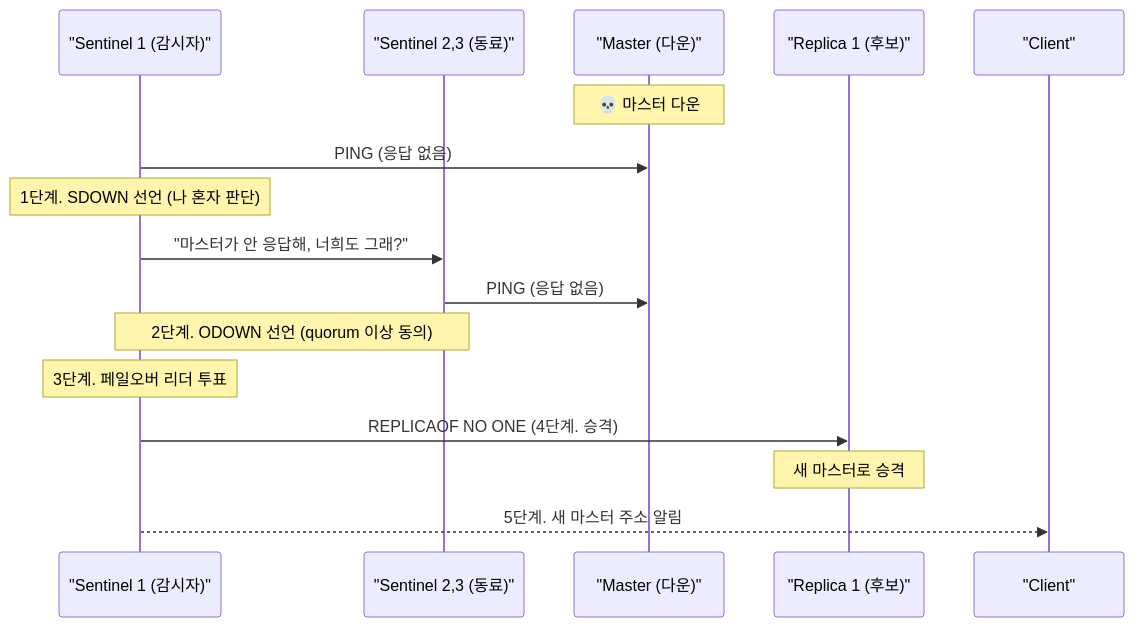
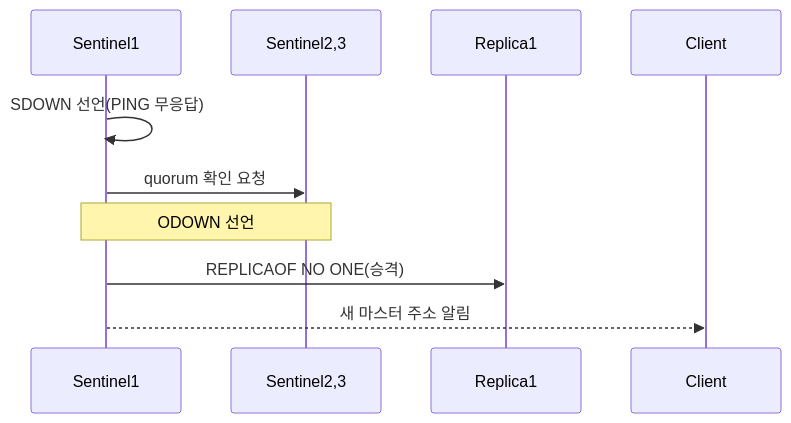
The third of 6 diagrams in _posts/redis/2026-05-01-redis-cluster-sentinel.md (yjkim2015/yjkim2015.github.io), drawn with Mermaid before and after one commit. The commit also changed other lines of this file and 215 other files, not shown here.

First line of the commit message:
신규 포스트 10개 추가 + Mermaid 전면 축소 + SystemDesign 시리즈 보강

````diff
--- a/_posts/redis/2026-05-01-redis-cluster-sentinel.md
+++ b/_posts/redis/2026-05-01-redis-cluster-sentinel.md
@@ -104,19 +104,12 @@
 ```mermaid
 sequenceDiagram
-    participant S1 as "Sentinel 1 (감시자)"
-    participant S23 as "Sentinel 2,3 (동료)"
-    participant M as "Master (다운)"
-    participant R1 as "Replica 1 (후보)"
-    participant C as "Client"
-
-    Note over M: 💀 마스터 다운
-    S1->>M: PING (응답 없음)
-    Note over S1: 1단계. SDOWN 선언 (나 혼자 판단)
-    S1->>S23: "마스터가 안 응답해, 너희도 그래?"
-    S23->>M: PING (응답 없음)
-    Note over S1,S23: 2단계. ODOWN 선언 (quorum 이상 동의)
-    Note over S1: 3단계. 페일오버 리더 투표
-    S1->>R1: REPLICAOF NO ONE (4단계. 승격)
-    Note over R1: 새 마스터로 승격
-    S1-->>C: 5단계. 새 마스터 주소 알림
+    participant S1 as Sentinel1
+    participant S23 as Sentinel2,3
+    participant R1 as Replica1
+    participant C as Client
+    S1->>S1: SDOWN 선언(PING 무응답)
+    S1->>S23: quorum 확인 요청
+    Note over S1,S23: ODOWN 선언
+    S1->>R1: REPLICAOF NO ONE(승격)
+    S1-->>C: 새 마스터 주소 알림
 ```
````
